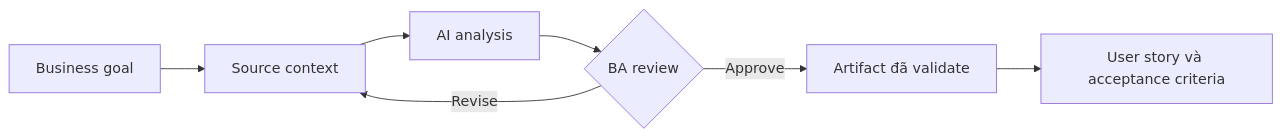
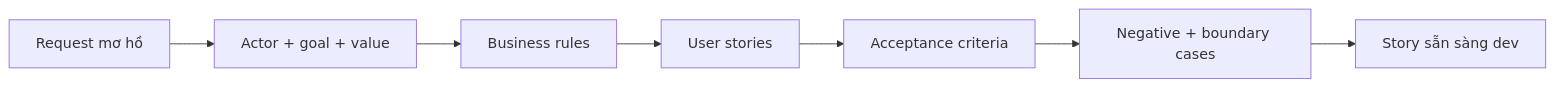
The diagram in docs/vi/lessons/user-stories-and-acceptance-criteria/index.md (anhtnt90dev/ai-for-ba), drawn with Mermaid before and after one commit. The commit also changed other lines of this file and 64 other files, not shown here.

````diff
--- a/docs/vi/lessons/user-stories-and-acceptance-criteria/index.md
+++ b/docs/vi/lessons/user-stories-and-acceptance-criteria/index.md
@@ -39,9 +38,9 @@
 ```mermaid
 flowchart LR
-    A["Business goal"] --> B["Source context"]
-    B --> C["AI analysis"]
-    C --> D{"BA review"}
-    D -->|"Revise"| B
-    D -->|"Approve"| E["Artifact đã validate"]
-    E --> F["User story và acceptance criteria"]
+    A["Request mơ hồ"] --> B["Actor + goal + value"]
+    B --> C["Business rules"]
+    C --> D["User stories"]
+    D --> E["Acceptance criteria"]
+    E --> F["Negative + boundary cases"]
+    F --> G["Story sẵn sàng dev"]
 ```
````
